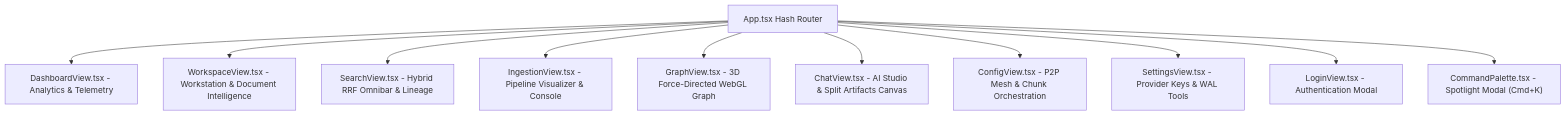
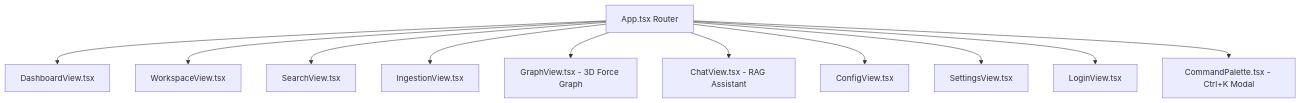
Before and after one commit to SavianAlexander/uroboros-knowledge-engine: the seventh of 7 diagrams in README.md, drawn with Mermaid. The commit also changed other lines of this file and 6 other files, not shown here.

````diff
--- a/README.md
+++ b/README.md
@@ -1040,13 +928,13 @@
 ```mermaid
 graph TD
-    App["App.tsx Hash Router"] --> Dash["DashboardView.tsx - Analytics & Telemetry"]
-    App --> Workspace["WorkspaceView.tsx - Workstation & Document Intelligence"]
-    App --> Search["SearchView.tsx - Hybrid RRF Omnibar & Lineage"]
-    App --> Ingest["IngestionView.tsx - Pipeline Visualizer & Console"]
-    App --> Graph["GraphView.tsx - 3D Force-Directed WebGL Graph"]
-    App --> Chat["ChatView.tsx - AI Studio & Split Artifacts Canvas"]
-    App --> Config["ConfigView.tsx - P2P Mesh & Chunk Orchestration"]
-    App --> Settings["SettingsView.tsx - Provider Keys & WAL Tools"]
-    App --> Login["LoginView.tsx - Authentication Modal"]
-    App --> Cmd["CommandPalette.tsx - Spotlight Modal (Cmd+K)"]
+    App[App.tsx Router] --> Dash[DashboardView.tsx]
+    App --> Workspace[WorkspaceView.tsx]
+    App --> Search[SearchView.tsx]
+    App --> Ingest[IngestionView.tsx]
+    App --> Graph[GraphView.tsx - 3D Force Graph]
+    App --> Chat[ChatView.tsx - RAG Assistant]
+    App --> Config[ConfigView.tsx]
+    App --> Settings[SettingsView.tsx]
+    App --> Login[LoginView.tsx]
+    App --> Cmd[CommandPalette.tsx - Ctrl+K Modal]
 ```
````
